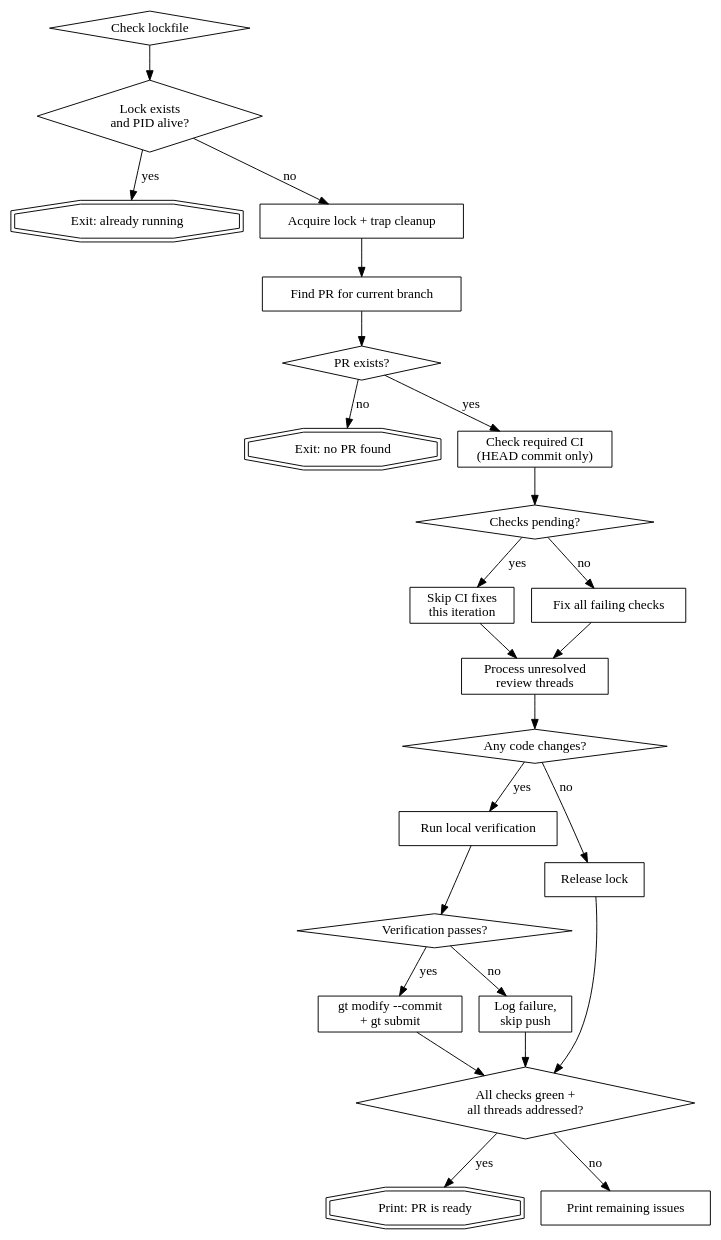
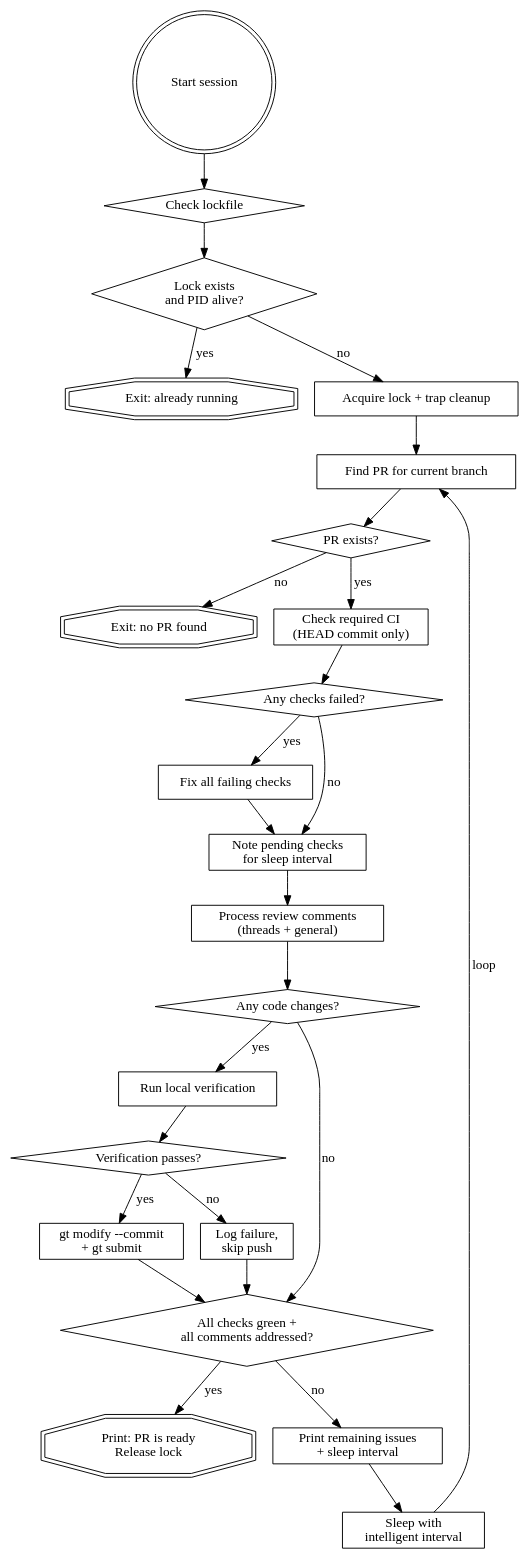
Before and after one commit to neekolas/claude-skills: the diagram in skills/babysit-pr/SKILL.md, drawn with Graphviz. The commit also changed other lines of this file, not shown here.

````diff
--- a/skills/babysit-pr/SKILL.md
+++ b/skills/babysit-pr/SKILL.md
@@ -18,51 +25,54 @@
 ```dot
 digraph babysit {
     node [shape=box];
 
+    "Start session" [shape=doublecircle];
     "Check lockfile" [shape=diamond];
     "Lock exists\nand PID alive?" [shape=diamond];
     "Exit: already running" [shape=doubleoctagon];
     "Acquire lock + trap cleanup";
     "Find PR for current branch";
     "PR exists?" [shape=diamond];
     "Exit: no PR found" [shape=doubleoctagon];
     "Check required CI\n(HEAD commit only)";
-    "Checks pending?" [shape=diamond];
-    "Skip CI fixes\nthis iteration";
+    "Any checks failed?" [shape=diamond];
     "Fix all failing checks";
-    "Process unresolved\nreview threads";
+    "Note pending checks\nfor sleep interval";
+    "Process review comments\n(threads + general)";
     "Any code changes?" [shape=diamond];
     "Run local verification";
     "Verification passes?" [shape=diamond];
     "gt modify --commit\n+ gt submit";
     "Log failure,\nskip push";
-    "All checks green +\nall threads addressed?" [shape=diamond];
-    "Print: PR is ready" [shape=doubleoctagon];
-    "Print remaining issues";
-    "Release lock";
+    "All checks green +\nall comments addressed?" [shape=diamond];
+    "Print: PR is ready\nRelease lock" [shape=doubleoctagon];
+    "Print remaining issues\n+ sleep interval";
+    "Sleep with\nintelligent interval";
 
+    "Start session" -> "Check lockfile";
     "Check lockfile" -> "Lock exists\nand PID alive?";
     "Lock exists\nand PID alive?" -> "Exit: already running" [label="yes"];
     "Lock exists\nand PID alive?" -> "Acquire lock + trap cleanup" [label="no"];
     "Acquire lock + trap cleanup" -> "Find PR for current branch";
     "Find PR for current branch" -> "PR exists?";
     "PR exists?" -> "Exit: no PR found" [label="no"];
     "PR exists?" -> "Check required CI\n(HEAD commit only)" [label="yes"];
-    "Check required CI\n(HEAD commit only)" -> "Checks pending?";
-    "Checks pending?" -> "Skip CI fixes\nthis iteration" [label="yes"];
-    "Checks pending?" -> "Fix all failing checks" [label="no"];
-    "Fix all failing checks" -> "Process unresolved\nreview threads";
-    "Skip CI fixes\nthis iteration" -> "Process unresolved\nreview threads";
-    "Process unresolved\nreview threads" -> "Any code changes?";
-    "Any code changes?" -> "Release lock" [label="no"];
+    "Check required CI\n(HEAD commit only)" -> "Any checks failed?";
+    "Any checks failed?" -> "Fix all failing checks" [label="yes"];
+    "Any checks failed?" -> "Note pending checks\nfor sleep interval" [label="no"];
+    "Fix all failing checks" -> "Note pending checks\nfor sleep interval";
+    "Note pending checks\nfor sleep interval" -> "Process review comments\n(threads + general)";
+    "Process review comments\n(threads + general)" -> "Any code changes?";
+    "Any code changes?" -> "All checks green +\nall comments addressed?" [label="no"];
     "Any code changes?" -> "Run local verification" [label="yes"];
     "Run local verification" -> "Verification passes?";
     "Verification passes?" -> "gt modify --commit\n+ gt submit" [label="yes"];
     "Verification passes?" -> "Log failure,\nskip push" [label="no"];
-    "gt modify --commit\n+ gt submit" -> "All checks green +\nall threads addressed?";
-    "Log failure,\nskip push" -> "All checks green +\nall threads addressed?";
-    "Release lock" -> "All checks green +\nall threads addressed?";
-    "All checks green +\nall threads addressed?" -> "Print: PR is ready" [label="yes"];
-    "All checks green +\nall threads addressed?" -> "Print remaining issues" [label="no"];
+    "gt modify --commit\n+ gt submit" -> "All checks green +\nall comments addressed?";
+    "Log failure,\nskip push" -> "All checks green +\nall comments addressed?";
+    "All checks green +\nall comments addressed?" -> "Print: PR is ready\nRelease lock" [label="yes"];
+    "All checks green +\nall comments addressed?" -> "Print remaining issues\n+ sleep interval" [label="no"];
+    "Print remaining issues\n+ sleep interval" -> "Sleep with\nintelligent interval";
+    "Sleep with\nintelligent interval" -> "Find PR for current branch" [label="loop"];
 }
 ```
````
